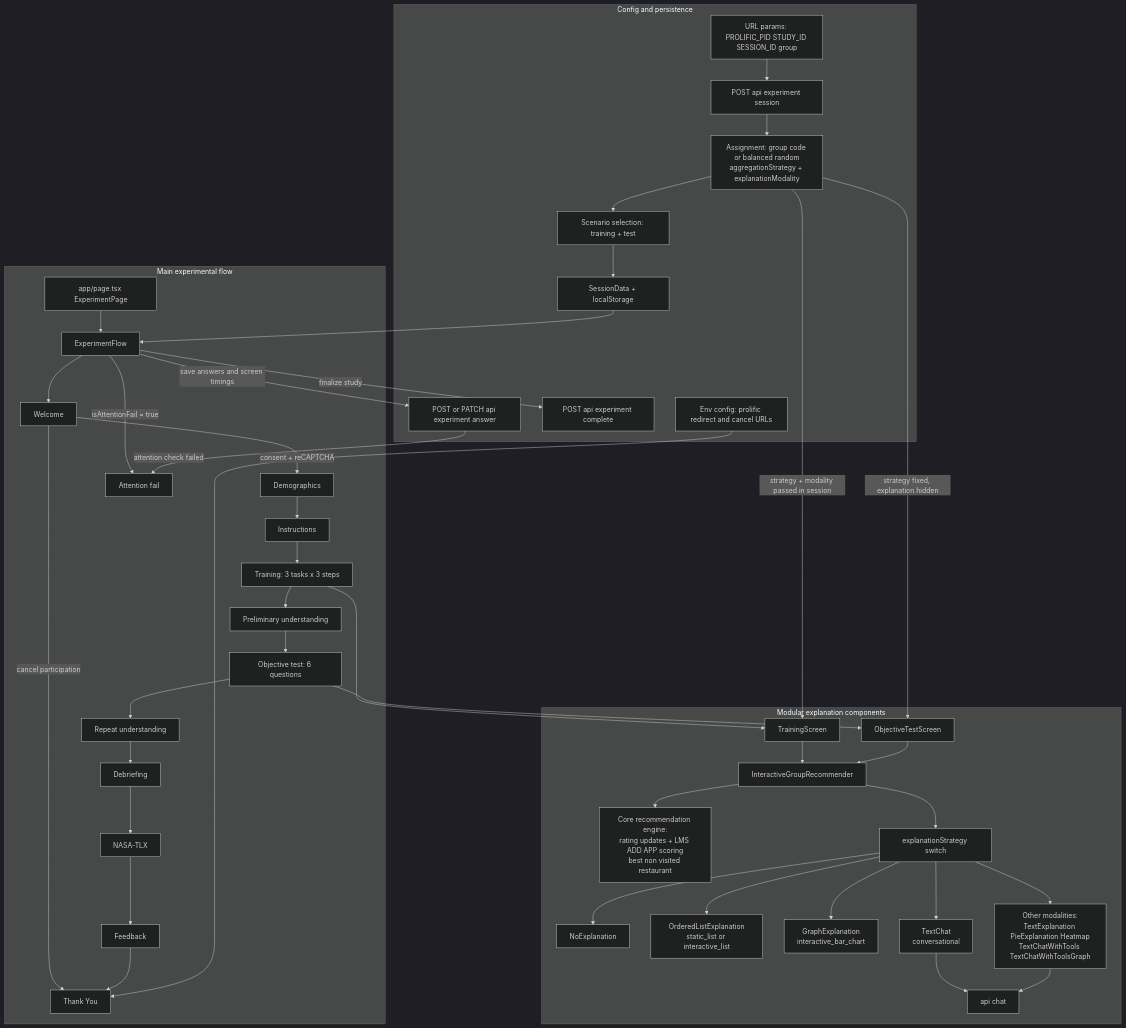
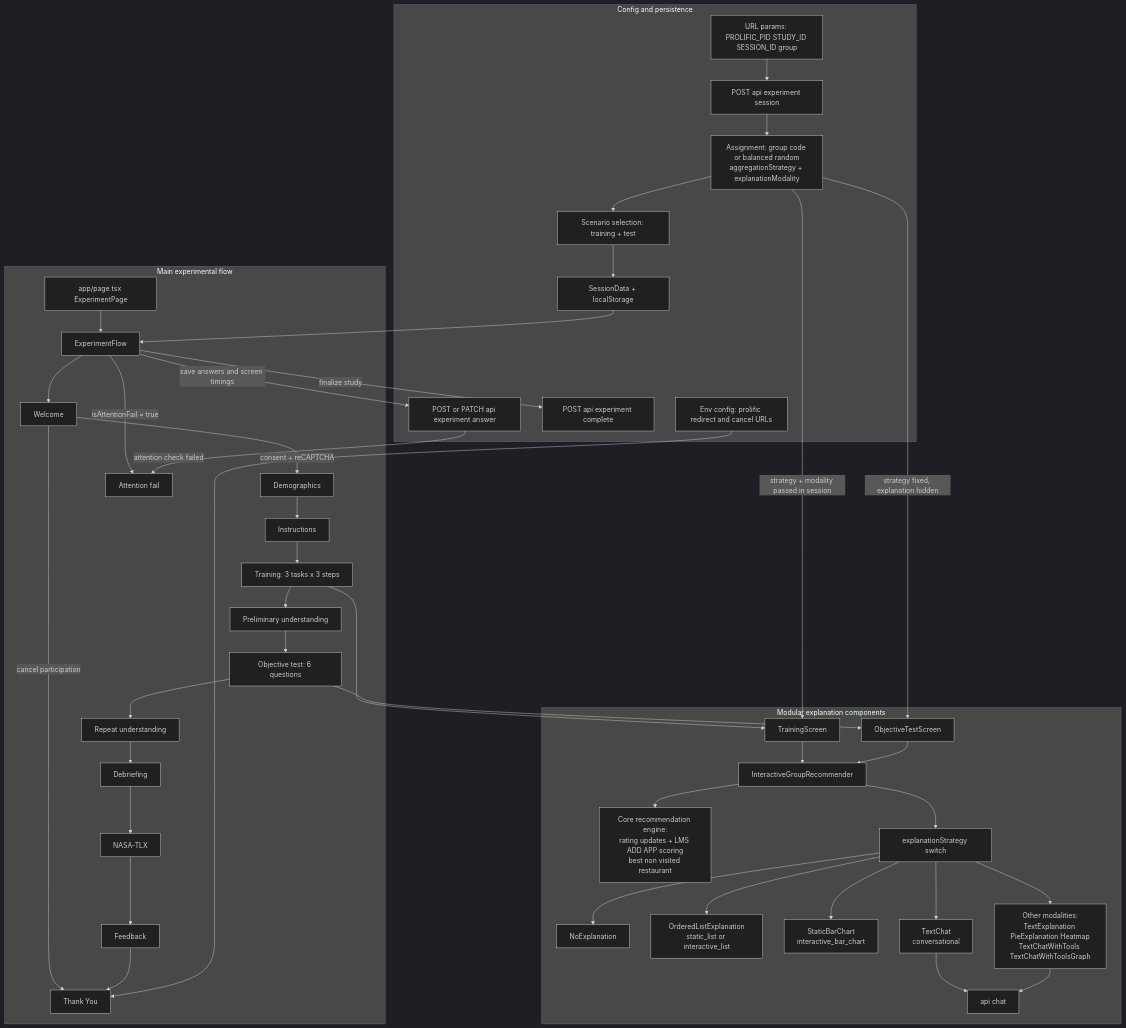
One commit to imec-smit-vub-mep-rec/interactive-explainable-group-recommendations changed the diagram in README.md. Above: the diagram before and after it, drawn with Mermaid (dark theme). The commit also changed other lines of this file and 31 other files, not shown here.

````diff
--- a/README.md
+++ b/README.md
@@ -147,55 +130,55 @@
 ```mermaid
 flowchart TB
   subgraph MAIN[Main experimental flow]
     APP[app/page.tsx ExperimentPage] --> FLOW[ExperimentFlow]
     FLOW --> WELCOME[Welcome]
     WELCOME -->|consent + reCAPTCHA| DEMO[Demographics]
     WELCOME -->|cancel participation| THANK[Thank You]
     DEMO --> INSTR[Instructions]
     INSTR --> TRAINING[Training: 3 tasks x 3 steps]
     TRAINING --> PRELIM[Preliminary understanding]
     PRELIM --> OBJ[Objective test: 6 questions]
     OBJ --> REPEAT[Repeat understanding]
     REPEAT --> DEBRIEF[Debriefing]
     DEBRIEF --> NASA[NASA-TLX]
     NASA --> FEEDBACK[Feedback]
     FEEDBACK --> THANK
     FLOW -->|isAttentionFail = true| ATTNFAIL[Attention fail]
   end
 
   subgraph CONFIG[Config and persistence]
     URL[URL params: PROLIFIC_PID STUDY_ID SESSION_ID group] --> API_SESSION[POST api experiment session]
     API_SESSION --> ASSIGN[Assignment: group code or balanced random<br/>aggregationStrategy + explanationModality]
     ASSIGN --> SCENARIOS[Scenario selection: training + test]
     SCENARIOS --> SESSION[SessionData + localStorage]
     SESSION --> FLOW
 
     FLOW -->|save answers and screen timings| API_ANSWER[POST or PATCH api experiment answer]
     FLOW -->|finalize study| API_COMPLETE[POST api experiment complete]
     API_ANSWER -->|attention check failed| ATTNFAIL
 
     PROLIFIC[Env config: prolific redirect and cancel URLs] --> THANK
   end
 
   subgraph EXPL[Modular explanation components]
     TRAINING --> TRAINCOMP[TrainingScreen]
     OBJ --> OBJCOMP[ObjectiveTestScreen]
     TRAINCOMP --> IGR[InteractiveGroupRecommender]
     OBJCOMP --> IGR
 
     ASSIGN -->|strategy + modality passed in session| TRAINCOMP
     ASSIGN -->|strategy fixed, explanation hidden| OBJCOMP
 
     IGR --> CORE[Core recommendation engine:<br/>rating updates + LMS ADD APP scoring<br/>best non visited restaurant]
     IGR --> SWITCH[explanationStrategy switch]
 
     SWITCH --> NOEXPL[NoExplanation]
     SWITCH --> OLIST[OrderedListExplanation<br/>static_list or interactive_list]
-    SWITCH --> GEXPL[GraphExplanation<br/>interactive_bar_chart]
+    SWITCH --> BAR[StaticBarChart<br/>interactive_bar_chart]
     SWITCH --> CHAT[TextChat<br/>conversational]
     SWITCH --> OTHERS[Other modalities:<br/>TextExplanation PieExplanation Heatmap<br/>TextChatWithTools TextChatWithToolsGraph]
 
     CHAT --> CHAT_API[api chat]
     OTHERS --> CHAT_API
   end
 ```
````
